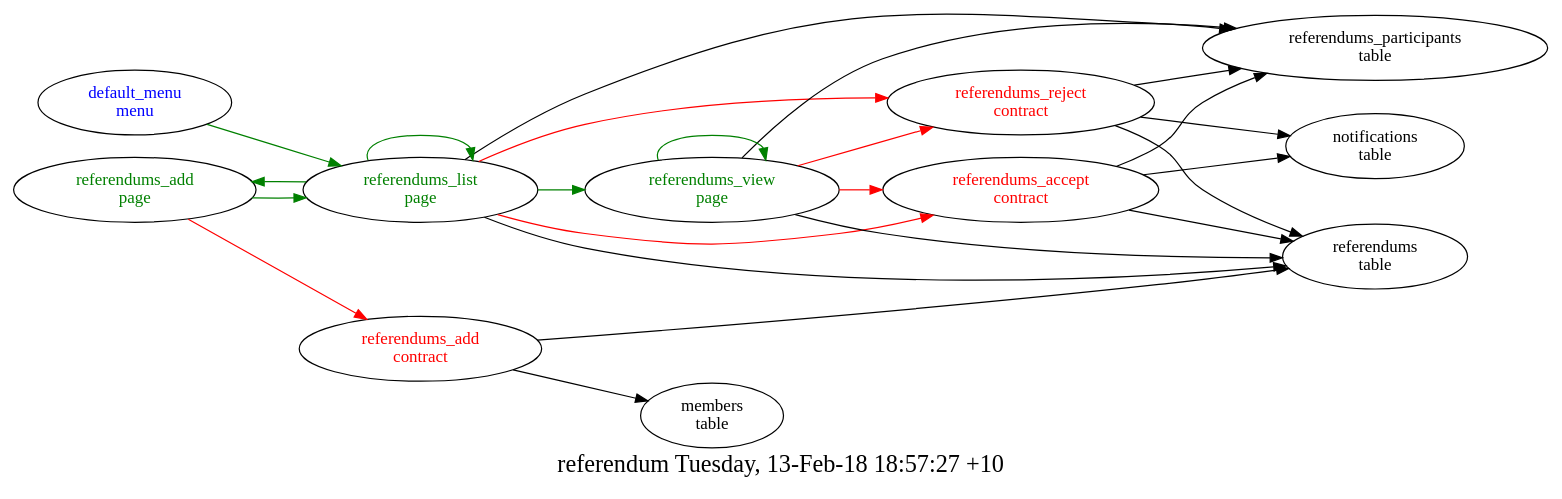
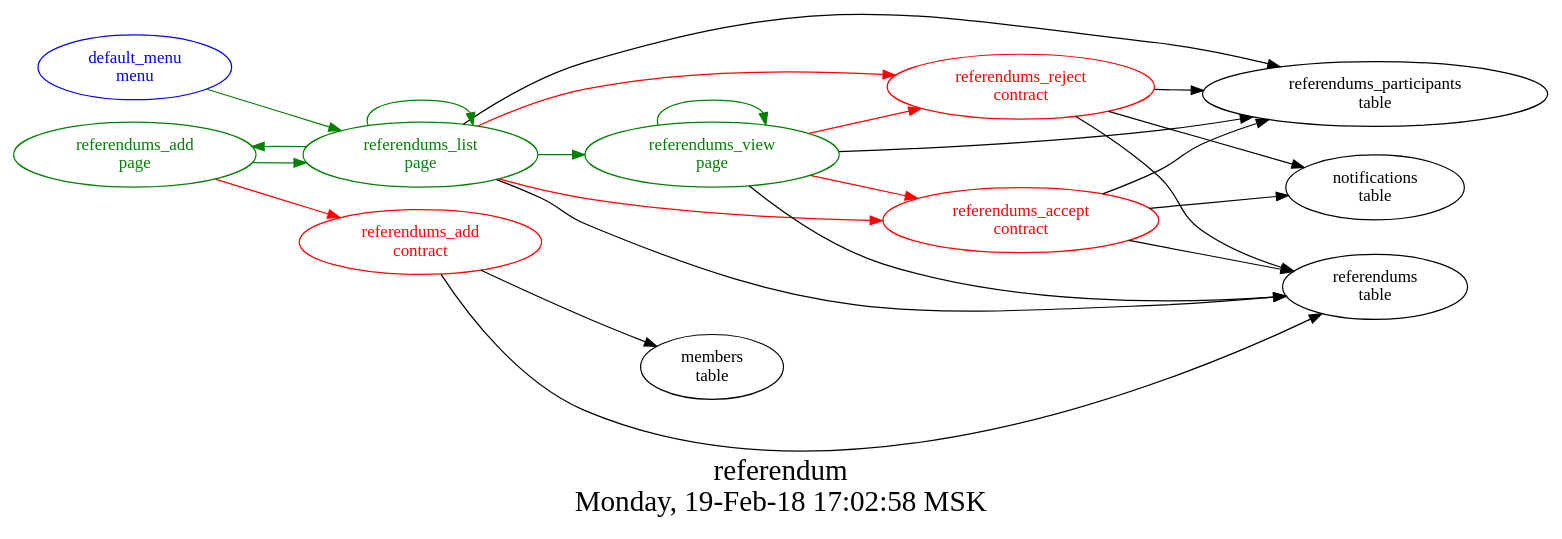
One commit to AplaProject/apps changed the diagram in src/referendum/struct.dot. Above: the diagram before and after it, drawn with Graphviz.

```diff
--- a/src/referendum/struct.dot
+++ b/src/referendum/struct.dot
@@ -1,35 +1,37 @@
 digraph G {
-fontsize="20.0";
-label="referendum Tuesday, 13-Feb-18 18:57:27 +10";
+fontsize="24.0";
+label="referendum\nMonday, 19-Feb-18 17:02:58 MSK";
 rankdir=LR;
-"referendums_accept\ncontract" -> "referendums\ntable"
-"referendums_accept\ncontract" -> "referendums_participants\ntable"
-"referendums_accept\ncontract" -> "notifications\ntable"
-"referendums_accept\ncontract" [fontcolor=red, group=contracts];
-"referendums_add\ncontract" -> "referendums\ntable"
-"referendums_add\ncontract" -> "members\ntable"
-"referendums_add\ncontract" [fontcolor=red, group=contracts];
-"referendums_reject\ncontract" -> "referendums\ntable"
-"referendums_reject\ncontract" -> "referendums_participants\ntable"
-"referendums_reject\ncontract" -> "notifications\ntable"
-"referendums_reject\ncontract" [fontcolor=red, group=contracts];
+"referendums_accept\ncontract" -> "referendums\ntable"  [ color="" ]
+"referendums_accept\ncontract" -> "referendums_participants\ntable"  [ color="" ]
+"referendums_accept\ncontract" -> "notifications\ntable"  [ color="" ]
+"referendums_accept\ncontract" [color=red, fontcolor=red, group=referendums];
+"referendums_add\ncontract" -> "referendums\ntable"  [ color="" ]
+"referendums_add\ncontract" -> "members\ntable"  [ color="" ]
+"referendums_add\ncontract" [color=red, fontcolor=red, group=referendums];
+"referendums_reject\ncontract" -> "referendums\ntable"  [ color="" ]
+"referendums_reject\ncontract" -> "referendums_participants\ntable"  [ color="" ]
+"referendums_reject\ncontract" -> "notifications\ntable"  [ color="" ]
+"referendums_reject\ncontract" [color=red, fontcolor=red, group=referendums];
 "default_menu\nmenu" -> "referendums_list\npage"  [ color=green ]
-"default_menu\nmenu" [fontcolor=blue, group=menus];
+"default_menu\nmenu" [color=blue, fontcolor=blue, group=default];
 "referendums_add\npage" -> "referendums_add\ncontract"  [ color=red ]
 "referendums_add\npage" -> "referendums_list\npage"  [ color=green ]
-"referendums_add\npage" [fontcolor=green, group=pages];
+"referendums_add\npage" [color=green, fontcolor=green, group=referendums];
 "referendums_list\npage" -> "referendums_reject\ncontract"  [ color=red ]
 "referendums_list\npage" -> "referendums_accept\ncontract"  [ color=red ]
-"referendums_list\npage" -> "referendums\ntable"
-"referendums_list\npage" -> "referendums_participants\ntable"
+"referendums_list\npage" -> "referendums\ntable"  [ color="" ]
+"referendums_list\npage" -> "referendums_participants\ntable"  [ color="" ]
 "referendums_list\npage" -> "referendums_view\npage"  [ color=green ]
 "referendums_list\npage" -> "referendums_list\npage"  [ color=green ]
 "referendums_list\npage" -> "referendums_add\npage"  [ color=green ]
-"referendums_list\npage" [fontcolor=green, group=pages];
+"referendums_list\npage" [color=green, fontcolor=green, group=referendums];
 "referendums_view\npage" -> "referendums_accept\ncontract"  [ color=red ]
 "referendums_view\npage" -> "referendums_reject\ncontract"  [ color=red ]
-"referendums_view\npage" -> "referendums\ntable"
-"referendums_view\npage" -> "referendums_participants\ntable"
+"referendums_view\npage" -> "referendums\ntable"  [ color="" ]
+"referendums_view\npage" -> "referendums_participants\ntable"  [ color="" ]
 "referendums_view\npage" -> "referendums_view\npage"  [ color=green ]
-"referendums_view\npage" [fontcolor=green, group=pages];
+"referendums_view\npage" [color=green, fontcolor=green, group=referendums];
+"referendums\ntable" [color="", fontcolor="", group=basic];
+"referendums_participants\ntable" [color="", fontcolor="", group=referendums];
 }
```
